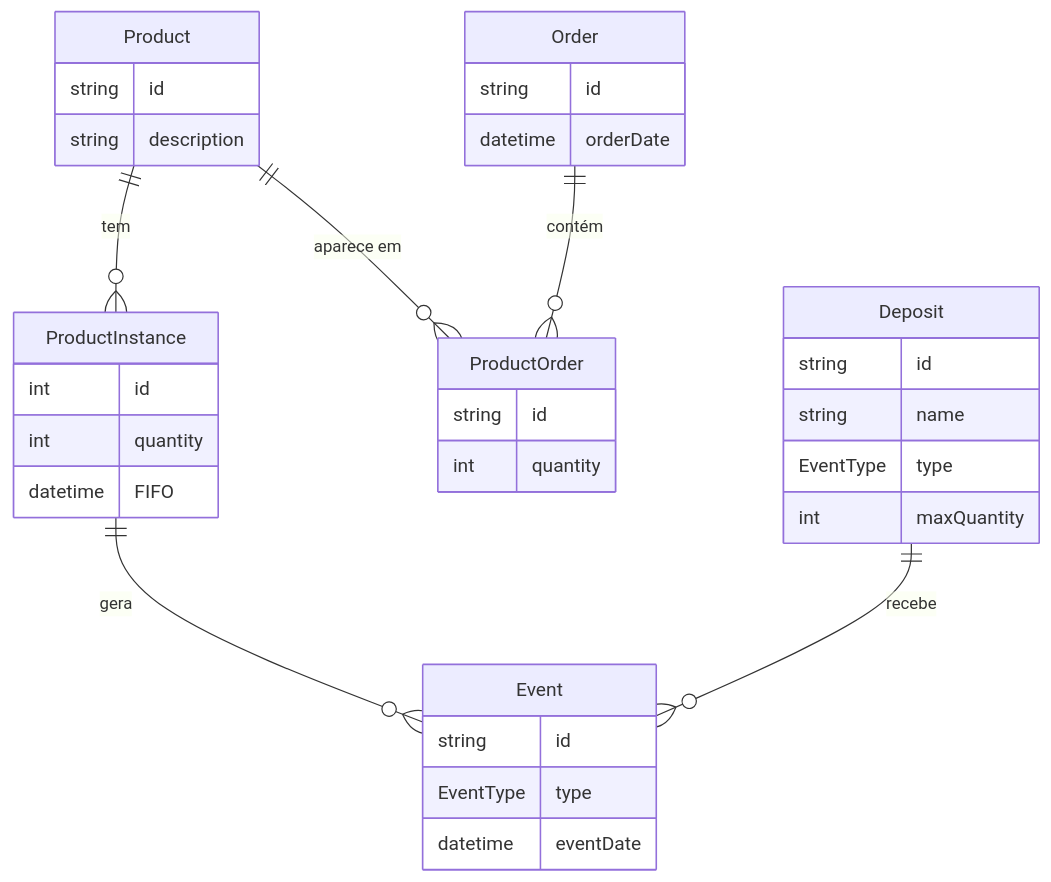
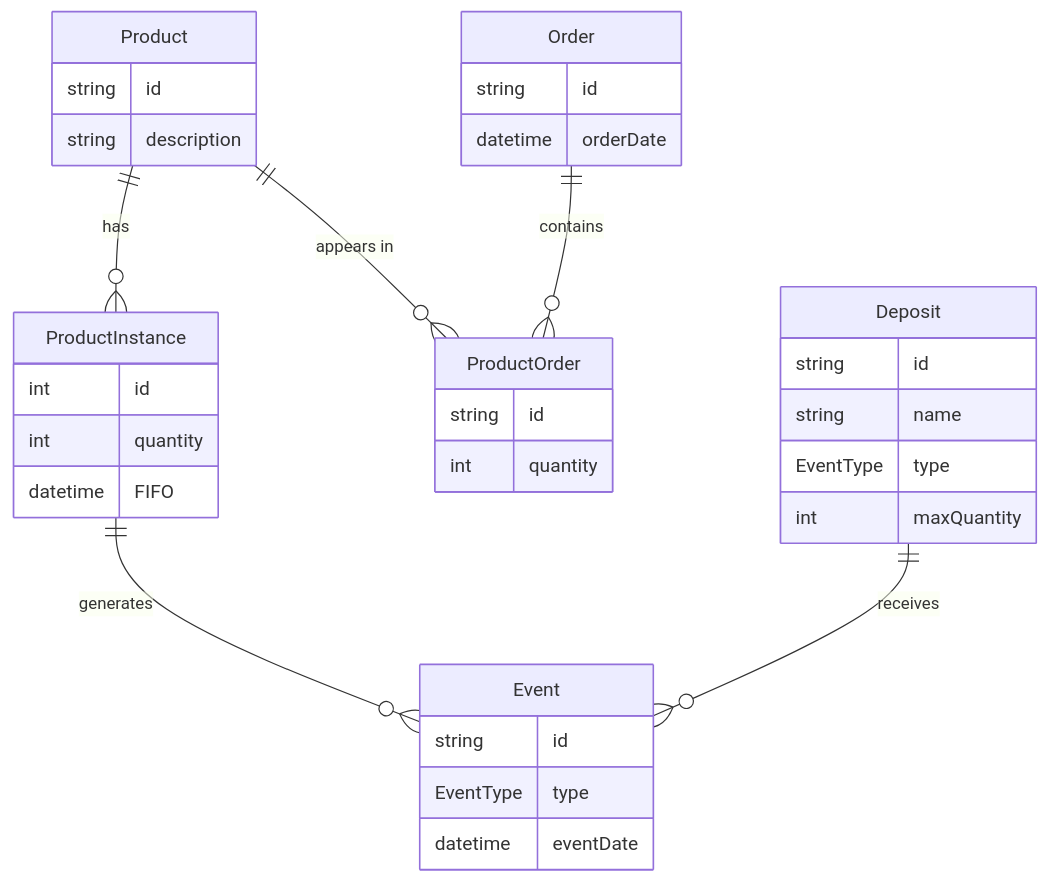
The second of 2 diagrams in README.md (JoseMD12/tcc-back), drawn with Mermaid before and after one commit. The commit also changed other lines of this file, not shown here.

````diff
--- a/README.md
+++ b/README.md
@@ -52,15 +52,15 @@
 ```mermaid
 erDiagram
-    Product ||--o{ ProductInstance : "tem"
-    Product ||--o{ ProductOrder : "aparece em"
-    Order ||--o{ ProductOrder : "contém"
-    ProductInstance ||--o{ Event : "gera"
-    Deposit ||--o{ Event : "recebe"
+    Product ||--o{ ProductInstance : "has"
+    Product ||--o{ ProductOrder : "appears in"
+    Order ||--o{ ProductOrder : "contains"
+    ProductInstance ||--o{ Event : "generates"
+    Deposit ||--o{ Event : "receives"
 
     Product { string id string description }
     ProductInstance { int id int quantity datetime FIFO }
     Event { string id EventType type datetime eventDate }
     Deposit { string id string name EventType type int maxQuantity }
     Order { string id datetime orderDate }
     ProductOrder { string id int quantity }
 ```
````
